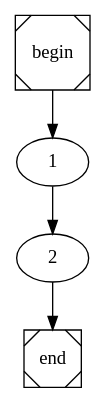
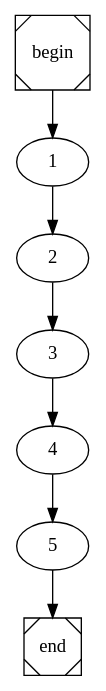
One commit to catarina03/FEUP-COMP changed the diagram in add.dot. Above: the diagram before and after it, drawn with Graphviz. The commit also changed 4 other files, not shown here.

```diff
--- a/add.dot
+++ b/add.dot
@@ -1,4 +1,4 @@
 digraph cfg {
 	begin [shape=Msquare];
 	end [shape=Msquare];
-	begin -> 1;	1 -> 2;	2 -> end;}
+	begin -> 1;	1 -> 2;	2 -> 3;	3 -> 4;	4 -> 5;	5 -> end;}
```
